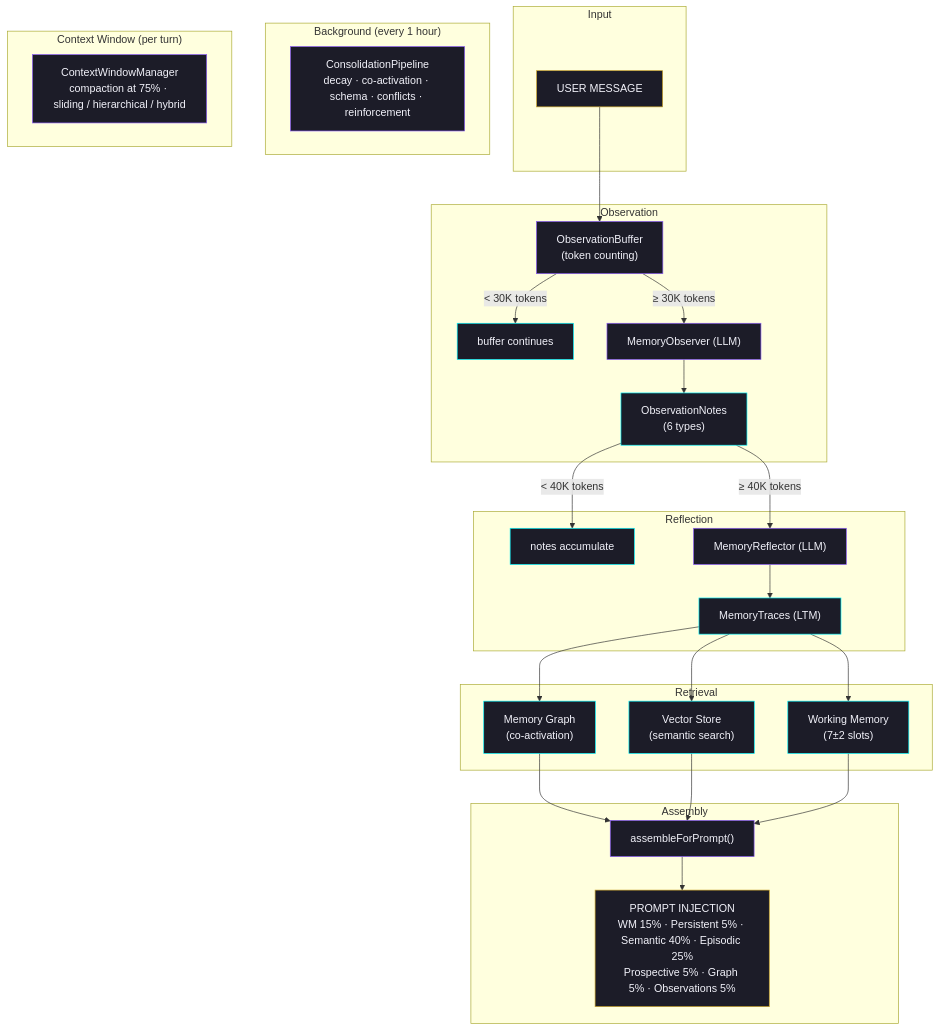
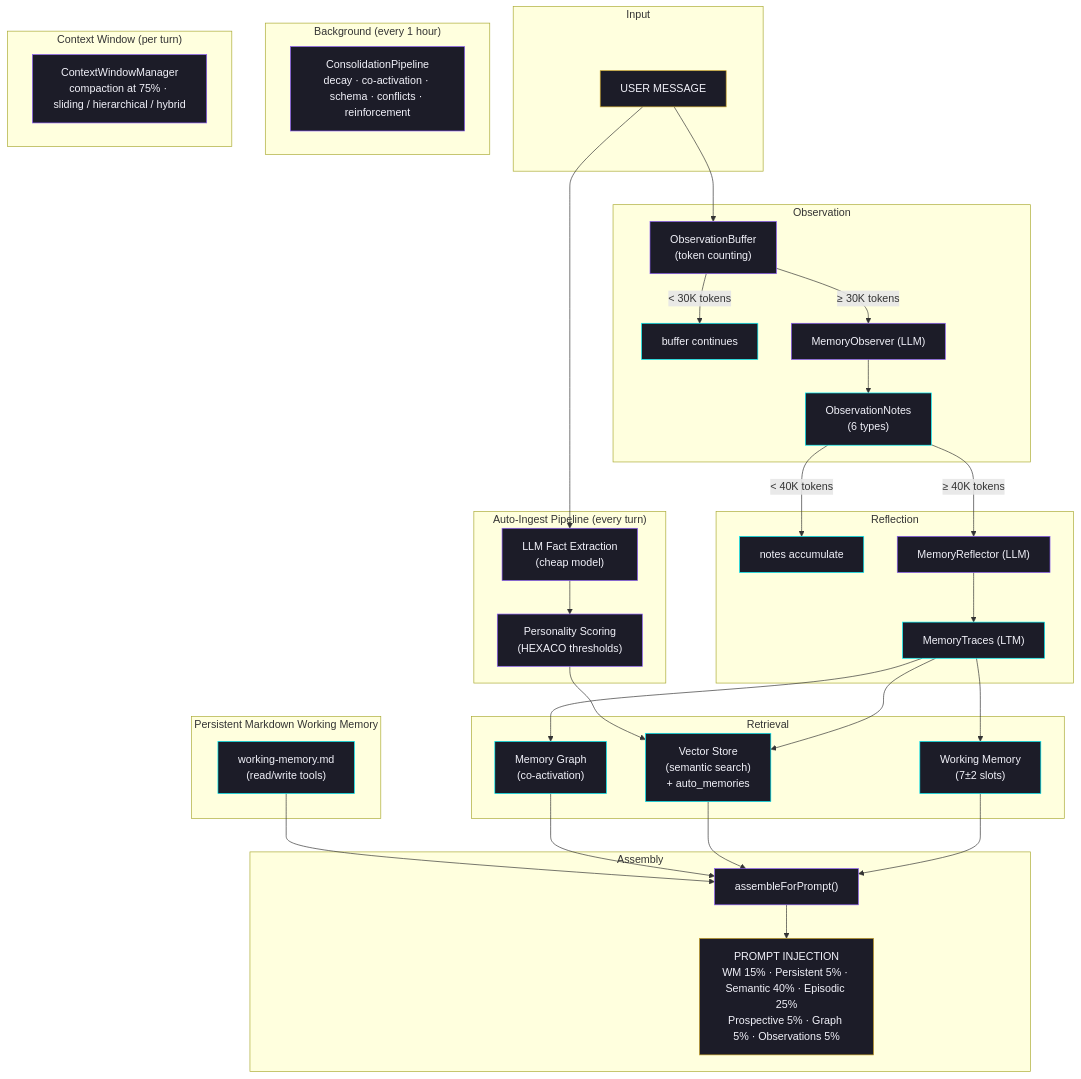
The second of 2 diagrams in docs/guides/memory-architecture.md (jddunn/wunderland-live-docs), drawn with Mermaid before and after one commit.

Commit message:
docs: update architecture diagram with all 3 memory systems

````diff
--- a/docs/guides/memory-architecture.md
+++ b/docs/guides/memory-architecture.md
@@ -330,57 +330,70 @@
 ```mermaid
 graph TD
     subgraph Input
         A["USER MESSAGE"]:::primary
     end
 
     subgraph Observation
         B["ObservationBuffer\n(token counting)"]:::processing
         C["buffer continues"]:::memory
         D["MemoryObserver (LLM)"]:::processing
         E["ObservationNotes\n(6 types)"]:::memory
     end
 
     subgraph Reflection
         F["notes accumulate"]:::memory
         G["MemoryReflector (LLM)"]:::processing
         H["MemoryTraces (LTM)"]:::memory
     end
 
+    subgraph AutoIngest["Auto-Ingest Pipeline (every turn)"]
+        P["LLM Fact Extraction\n(cheap model)"]:::processing
+        Q["Personality Scoring\n(HEXACO thresholds)"]:::processing
+    end
+
+    subgraph PersistentWM["Persistent Markdown Working Memory"]
+        R["working-memory.md\n(read/write tools)"]:::memory
+    end
+
     subgraph Retrieval
         I["Memory Graph\n(co-activation)"]:::memory
-        J["Vector Store\n(semantic search)"]:::memory
+        J["Vector Store\n(semantic search)\n+ auto_memories"]:::memory
         K["Working Memory\n(7±2 slots)"]:::memory
     end
 
     subgraph Assembly
         L["assembleForPrompt()"]:::processing
         M["PROMPT INJECTION\nWM 15% · Persistent 5% · Semantic 40% · Episodic 25%\nProspective 5% · Graph 5% · Observations 5%"]:::primary
     end
 
     subgraph Background["Background (every 1 hour)"]
         N["ConsolidationPipeline\ndecay · co-activation · schema · conflicts · reinforcement"]:::processing
     end
 
     subgraph Context["Context Window (per turn)"]
         O["ContextWindowManager\ncompaction at 75% · sliding / hierarchical / hybrid"]:::processing
     end
 
     A --> B
+    A --> P
+    P --> Q
+    Q --> J
     B -- "< 30K tokens" --> C
     B -- "≥ 30K tokens" --> D
     D --> E
     E -- "< 40K tokens" --> F
     E -- "≥ 40K tokens" --> G
     G --> H
     H --> I
     H --> J
     H --> K
+    R --> L
     I --> L
     J --> L
     K --> L
     L --> M
 
     classDef primary fill:#1c1c28,stroke:#c9a227,color:#f2f2fa
     classDef memory fill:#1c1c28,stroke:#00f5ff,color:#f2f2fa
     classDef processing fill:#1c1c28,stroke:#8b5cf6,color:#f2f2fa
 ```
````
